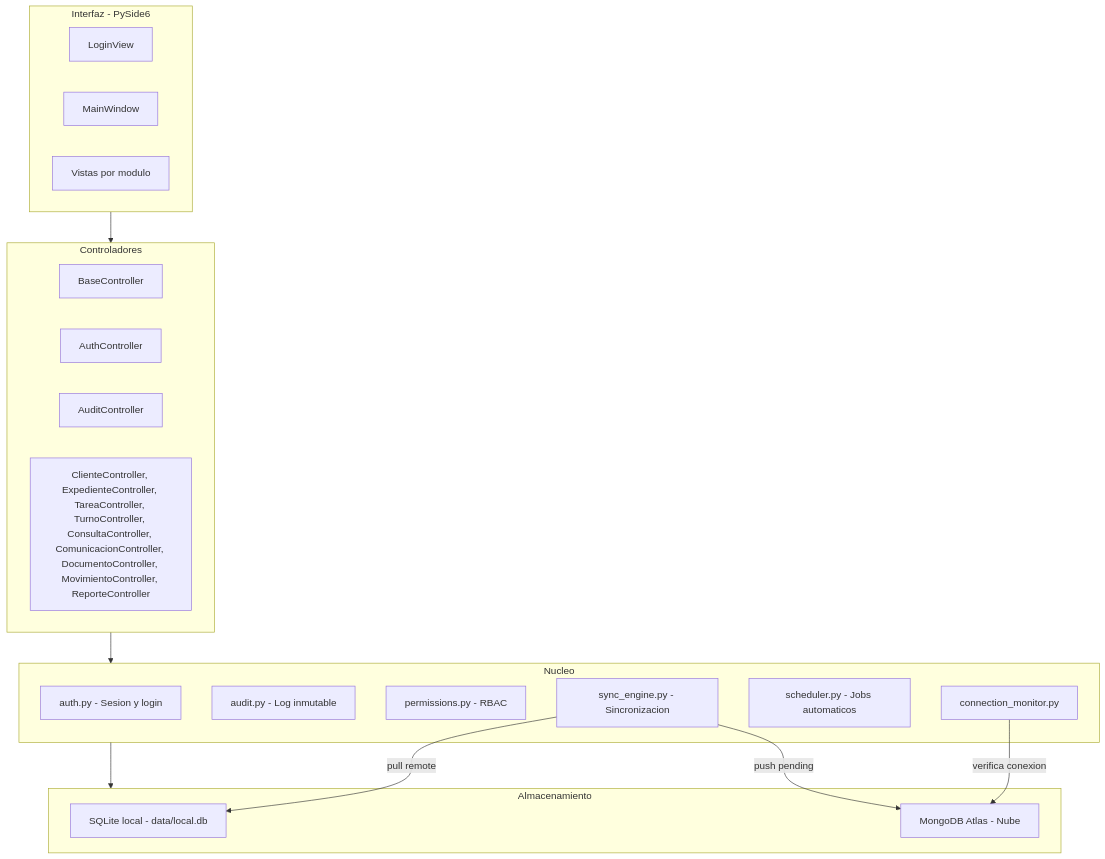
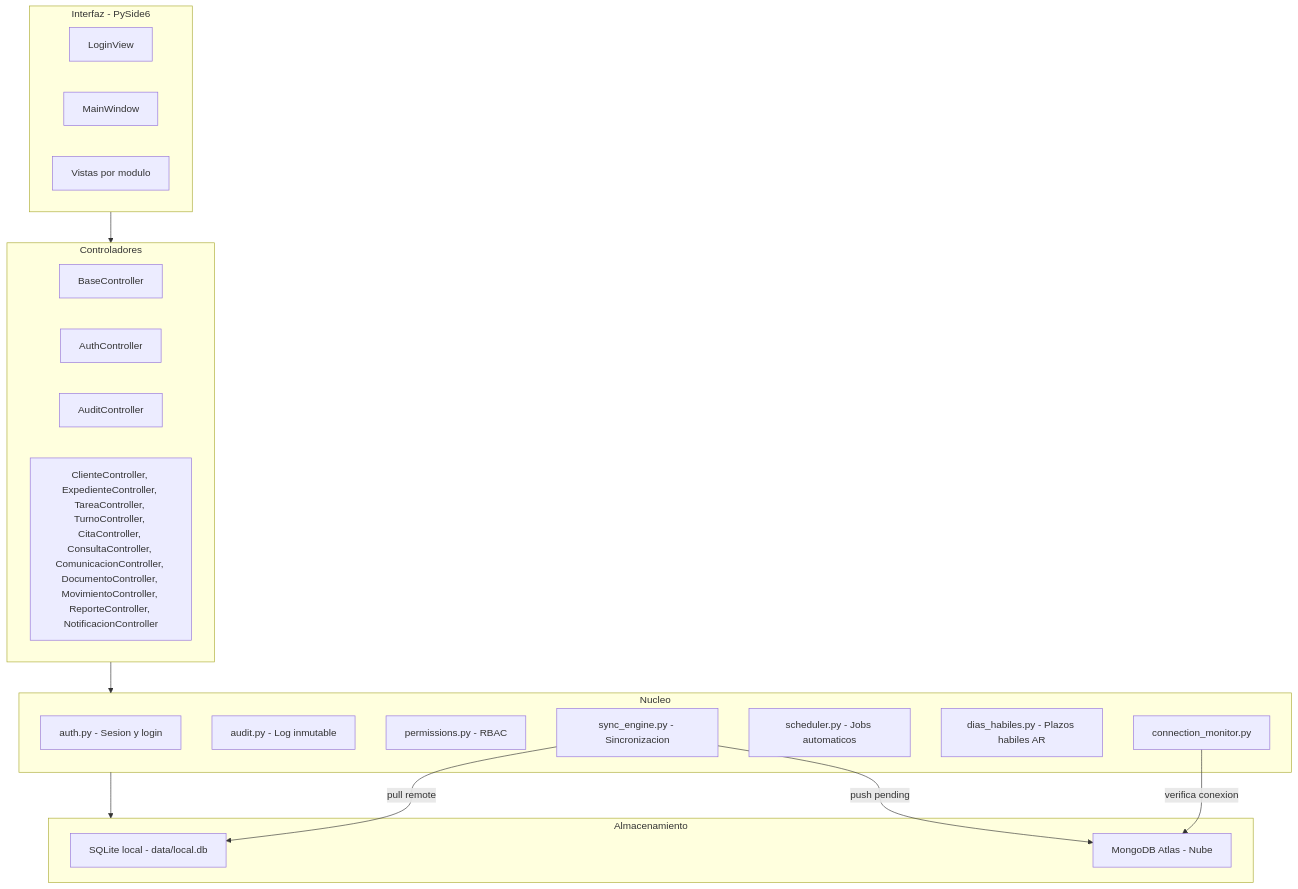
Before and after one commit to sergio-scardigno/sistema-gestion-rampazzo: the first of 2 diagrams in README.md, drawn with Mermaid. The commit also changed other lines of this file and 31 other files, not shown here.

````diff
--- a/README.md
+++ b/README.md
@@ -138,36 +166,37 @@
 ```mermaid
 flowchart TD
     subgraph ui [Interfaz - PySide6]
         LoginView
         MainWindow
         Views["Vistas por modulo"]
     end
 
     subgraph ctrl [Controladores]
         BaseController
         AuthController
         AuditController
-        SpecificControllers["ClienteController, ExpedienteController, TareaController, TurnoController, ConsultaController, ComunicacionController, DocumentoController, MovimientoController, ReporteController"]
+        SpecificControllers["ClienteController, ExpedienteController, TareaController, TurnoController, CitaController, ConsultaController, ComunicacionController, DocumentoController, MovimientoController, ReporteController, NotificacionController"]
     end
 
     subgraph core [Nucleo]
         Auth["auth.py - Sesion y login"]
         Audit["audit.py - Log inmutable"]
         Permissions["permissions.py - RBAC"]
         SyncEngine["sync_engine.py - Sincronizacion"]
         Scheduler["scheduler.py - Jobs automaticos"]
+        DiasHabiles["dias_habiles.py - Plazos habiles AR"]
         ConnMonitor["connection_monitor.py"]
     end
 
     subgraph storage [Almacenamiento]
         SQLite["SQLite local - data/local.db"]
         MongoDB["MongoDB Atlas - Nube"]
     end
 
     ui --> ctrl
     ctrl --> core
     core --> storage
     SyncEngine -->|"push pending"| MongoDB
     SyncEngine -->|"pull remote"| SQLite
     ConnMonitor -->|"verifica conexion"| MongoDB
 ```
````
